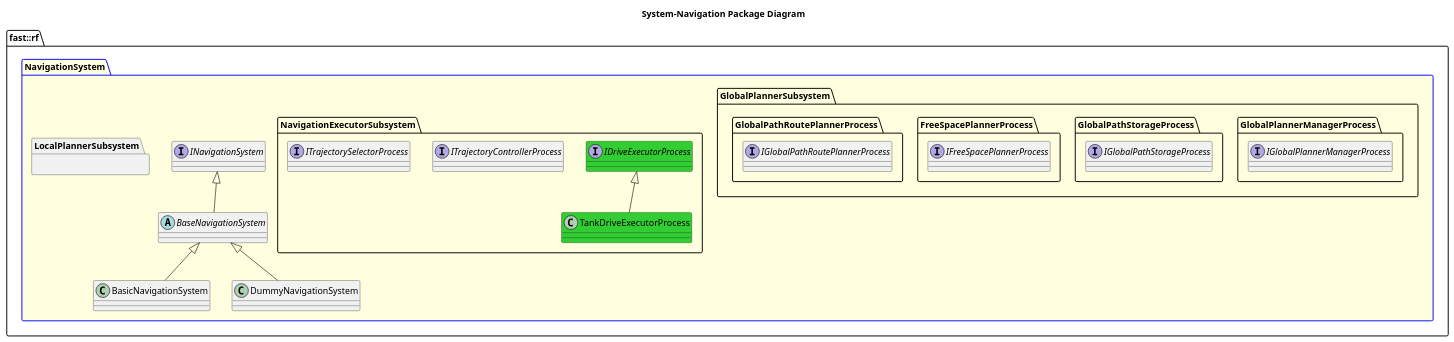
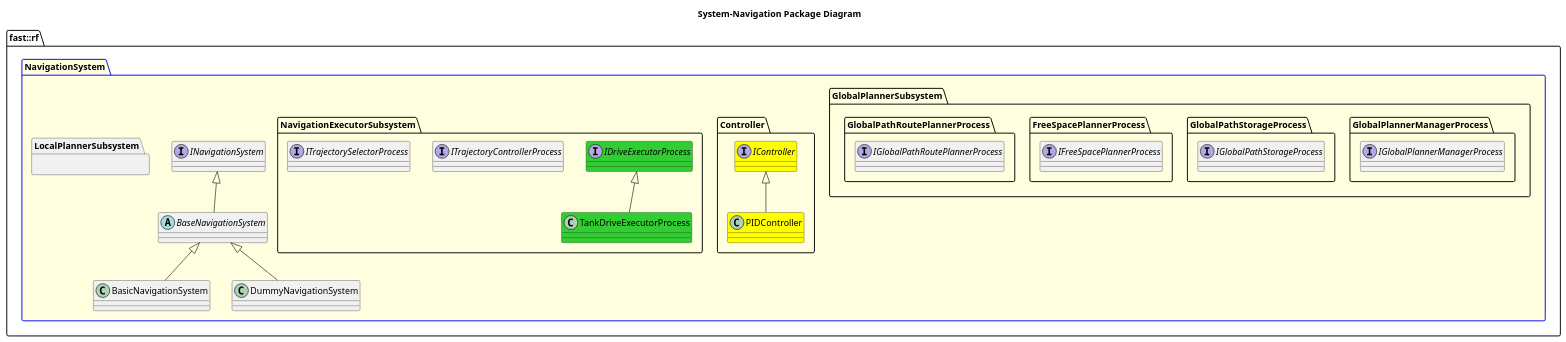
The diagram in Systems/Navigation/doc/puml/SystemNavigationPackageDiagram.puml (fastrobotics/robot_framework), drawn with PlantUML before and after one commit. The commit also changed 13 other files, not shown here.

```diff
--- a/Systems/Navigation/doc/puml/SystemNavigationPackageDiagram.puml
+++ b/Systems/Navigation/doc/puml/SystemNavigationPackageDiagram.puml
@@ -1,44 +1,49 @@
 @startuml
 title System-Navigation Package Diagram
 
 namespace fast::rf {
   package NavigationSystem #LightYellow;line:blue {
     interface INavigationSystem {
     }
     abstract BaseNavigationSystem {
     }
     INavigationSystem <|-- BaseNavigationSystem
     class BasicNavigationSystem {
 
     }
     BaseNavigationSystem <|-- BasicNavigationSystem
     class DummyNavigationSystem  {
     }
     BaseNavigationSystem <|-- DummyNavigationSystem
     namespace GlobalPlannerSubsystem {
       namespace GlobalPlannerManagerProcess {
         interface IGlobalPlannerManagerProcess
       }
       namespace GlobalPathStorageProcess {
         interface IGlobalPathStorageProcess
       }
       namespace FreeSpacePlannerProcess {
         interface IFreeSpacePlannerProcess
       }
       namespace GlobalPathRoutePlannerProcess {
         interface IGlobalPathRoutePlannerProcess
       }
     }
+    namespace Controller {
+      interface IController #Yellow {}
+      class PIDController #Yellow {}
+      PIDController -up-|> IController
+    }
     namespace LocalPlannerSubsystem {
 
     }
     namespace NavigationExecutorSubsystem {
       interface IDriveExecutorProcess #LimeGreen
       class TankDriveExecutorProcess #LimeGreen
       TankDriveExecutorProcess -up-|> IDriveExecutorProcess
       interface ITrajectoryControllerProcess
       interface ITrajectorySelectorProcess
     }
   }
 }
 @enduml
```
